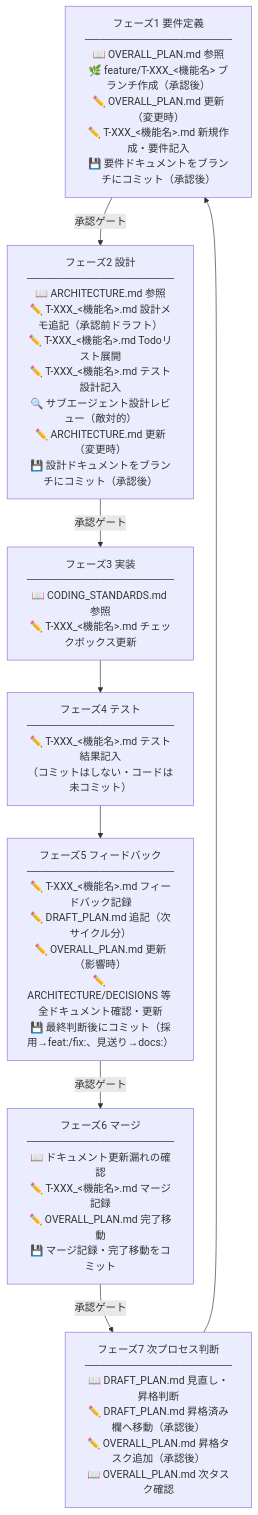
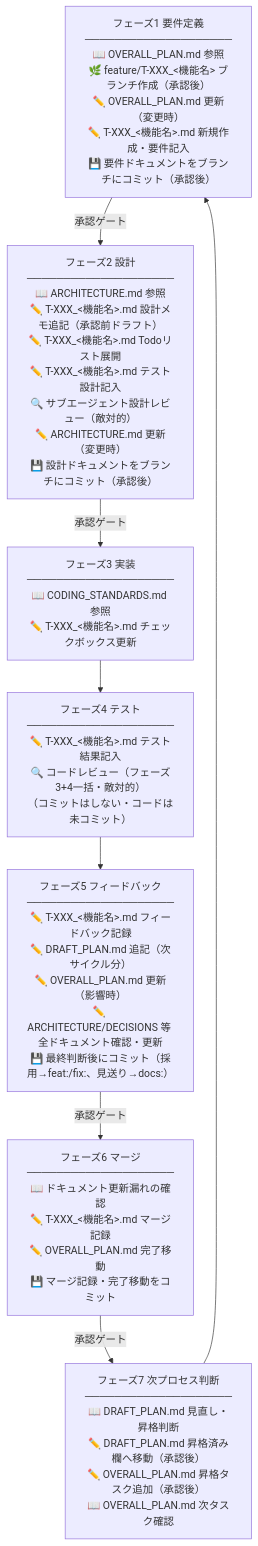
Before and after one commit to a-nishioka/docs-vibe-coding-process-definition: the second of 2 diagrams in CLAUDE.md, drawn with Mermaid. The commit also changed other lines of this file and 1 other file, not shown here.

Commit message:
docs: フェーズ4出口にフェーズ3+4一括コードレビュー（敵対的）を追加

````diff
--- a/CLAUDE.md
+++ b/CLAUDE.md
@@ -60,18 +60,18 @@
 ```mermaid
 flowchart TD
     A["フェーズ1 要件定義<br>────────────────────<br>📖 OVERALL_PLAN.md 参照<br>🌿 feature/T-XXX_<機能名> ブランチ作成（承認後）<br>✏️ OVERALL_PLAN.md 更新（変更時）<br>✏️ T-XXX_<機能名>.md 新規作成・要件記入<br>💾 要件ドキュメントをブランチにコミット（承認後）"]
     B["フェーズ2 設計<br>────────────────────<br>📖 ARCHITECTURE.md 参照<br>✏️ T-XXX_<機能名>.md 設計メモ追記（承認前ドラフト）<br>✏️ T-XXX_<機能名>.md Todoリスト展開<br>✏️ T-XXX_<機能名>.md テスト設計記入<br>🔍 サブエージェント設計レビュー（敵対的）<br>✏️ ARCHITECTURE.md 更新（変更時）<br>💾 設計ドキュメントをブランチにコミット（承認後）"]
     C["フェーズ3 実装<br>────────────────────<br>📖 CODING_STANDARDS.md 参照<br>✏️ T-XXX_<機能名>.md チェックボックス更新"]
-    D["フェーズ4 テスト<br>────────────────────<br>✏️ T-XXX_<機能名>.md テスト結果記入<br>（コミットはしない・コードは未コミット）"]
+    D["フェーズ4 テスト<br>────────────────────<br>✏️ T-XXX_<機能名>.md テスト結果記入<br>🔍 コードレビュー（フェーズ3+4一括・敵対的）<br>（コミットはしない・コードは未コミット）"]
     E["フェーズ5 フィードバック<br>────────────────────<br>✏️ T-XXX_<機能名>.md フィードバック記録<br>✏️ DRAFT_PLAN.md 追記（次サイクル分）<br>✏️ OVERALL_PLAN.md 更新（影響時）<br>✏️ ARCHITECTURE/DECISIONS 等 全ドキュメント確認・更新<br>💾 最終判断後にコミット（採用→feat:/fix:、見送り→docs:）"]
     F["フェーズ6 マージ<br>────────────────────<br>📖 ドキュメント更新漏れの確認<br>✏️ T-XXX_<機能名>.md マージ記録<br>✏️ OVERALL_PLAN.md 完了移動<br>💾 マージ記録・完了移動をコミット"]
     G["フェーズ7 次プロセス判断<br>────────────────────<br>📖 DRAFT_PLAN.md 見直し・昇格判断<br>✏️ DRAFT_PLAN.md 昇格済み欄へ移動（承認後）<br>✏️ OVERALL_PLAN.md 昇格タスク追加（承認後）<br>📖 OVERALL_PLAN.md 次タスク確認"]
 
     A -->|承認ゲート| B
     B -->|承認ゲート| C
     C --> D
     D --> E
     E -->|承認ゲート| F
     F -->|承認ゲート| G
     G --> A
 ```
````
